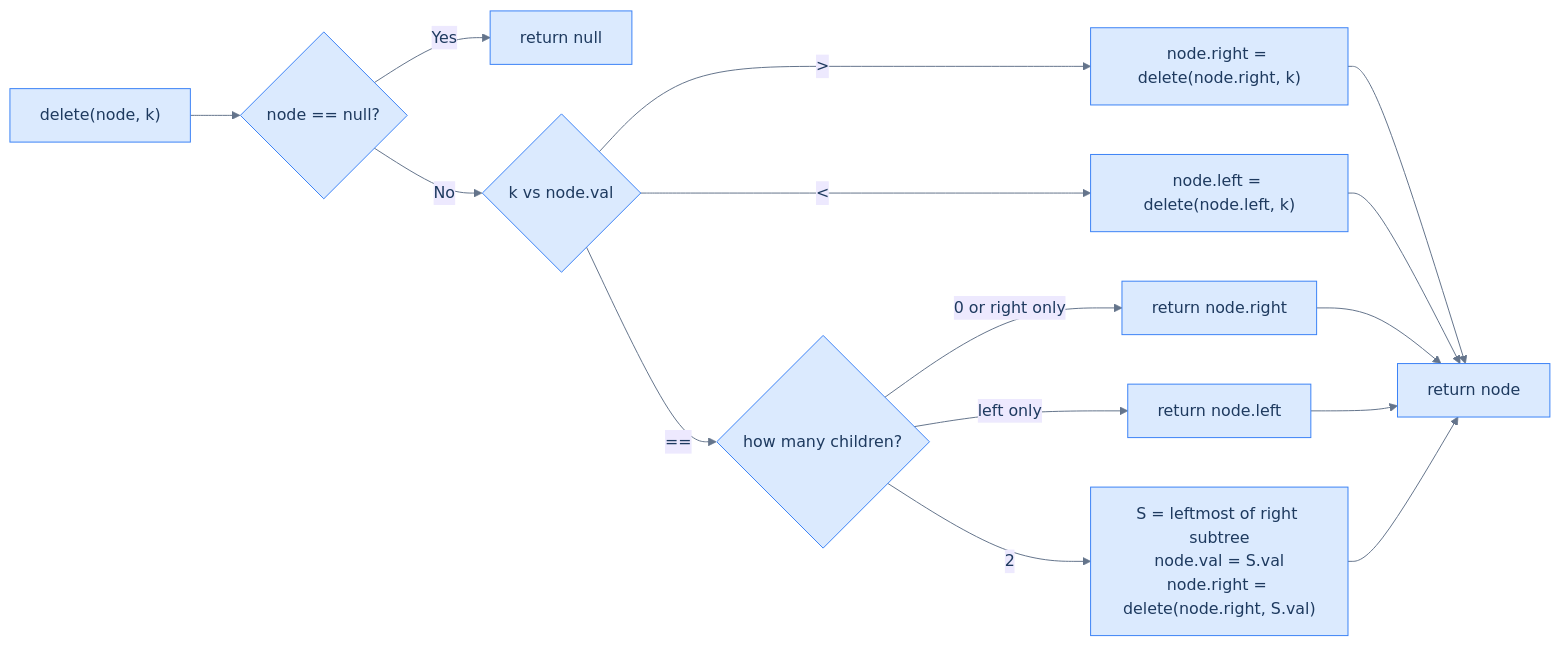
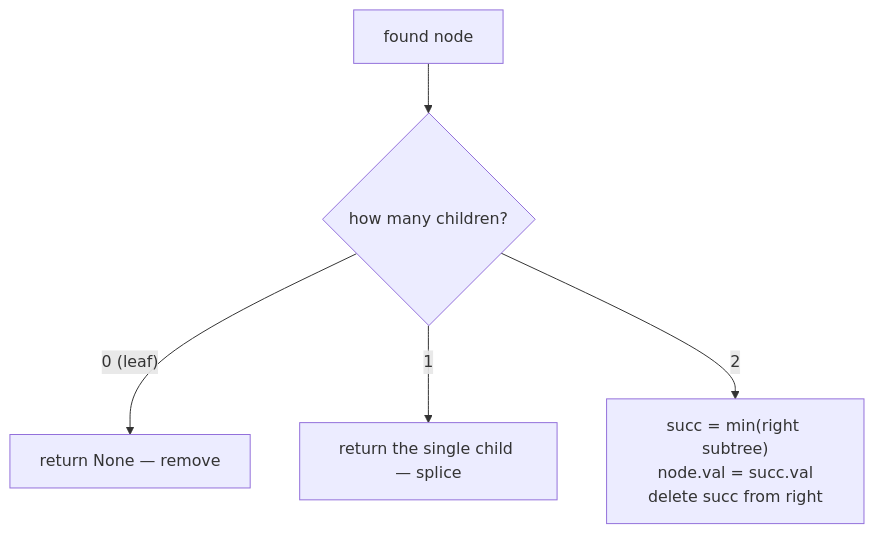
One commit to ani2fun/codefolio changed the diagram in content/cortex/data-structures-and-algorithms/03-trees/02-binary-search-tree/06-deletion-in-binary-search-trees.md. Above: the diagram before and after it, drawn with Mermaid. The commit also changed other lines of this file and 1049 other files, not shown here.

````diff
--- a/content/cortex/data-structures-and-algorithms/03-trees/02-binary-search-tree/06-deletion-in-binary-search-trees.md
+++ b/content/cortex/data-structures-and-algorithms/03-trees/02-binary-search-tree/06-deletion-in-binary-search-trees.md
@@ -221,28 +77,7 @@
 ```mermaid
----
-config:
-  theme: base
-  themeVariables:
-    primaryColor: "#dbeafe"
-    primaryBorderColor: "#3b82f6"
-    primaryTextColor: "#1e3a5f"
-    lineColor: "#64748b"
-    secondaryColor: "#ede9fe"
-    tertiaryColor: "#fef9c3"
----
-flowchart LR
-    A["delete(node, k)"] --> B{"node == null?"}
-    B -->|Yes| C["return null"]
-    B -->|No| D{"k vs node.val"}
-    D -->|"&gt;"| E["node.right = delete(node.right, k)"]
-    D -->|"&lt;"| F["node.left = delete(node.left, k)"]
-    D -->|"=="| G{"how many children?"}
-    G -->|0 or right only| H["return node.right"]
-    G -->|left only| I["return node.left"]
-    G -->|2| J["S = leftmost of right subtree<br/>node.val = S.val<br/>node.right = delete(node.right, S.val)"]
-    E --> K["return node"]
-    F --> K
-    H --> K
-    I --> K
-    J --> K
+flowchart TB
+  F["found node"] --> Q{"how many children?"}
+  Q -->|"0 (leaf)"| A["return None — remove"]
+  Q -->|"1"| B["return the single child — splice"]
+  Q -->|"2"| C["succ = min(right subtree)<br/>node.val = succ.val<br/>delete succ from right"]
 ```
````
